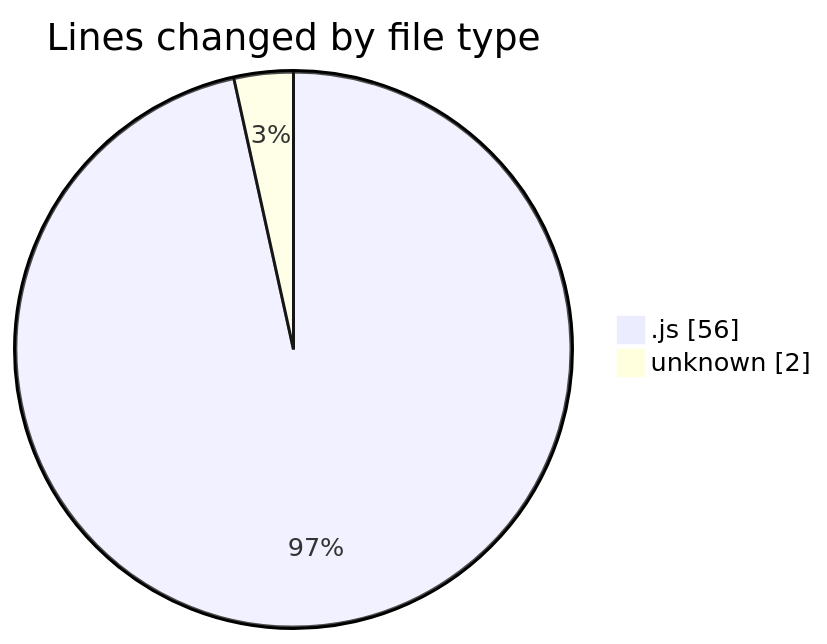
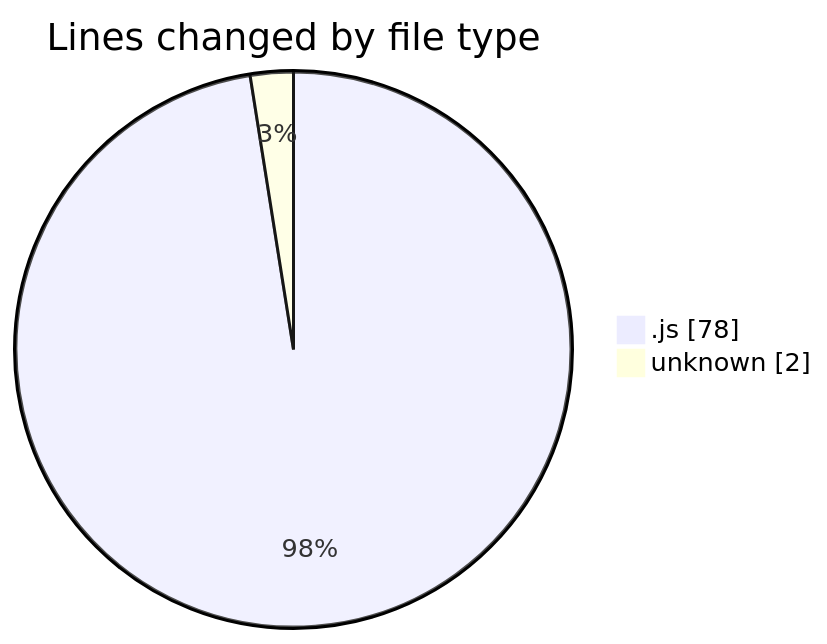
One commit to nxtqubesakshisongat/code-tracking changed the first of 2 diagrams in 2025-05-17/javacript/README.md. Above: the diagram before and after it, drawn with Mermaid. The commit also changed other lines of this file and 1 other file, not shown here.

````diff
--- a/2025-05-17/javacript/README.md
+++ b/2025-05-17/javacript/README.md
@@ -21,6 +21,6 @@
 ```mermaid
 pie showData
 title Lines changed by file type
-".js" : 56
+".js" : 78
 "unknown" : 2
 ```
````
